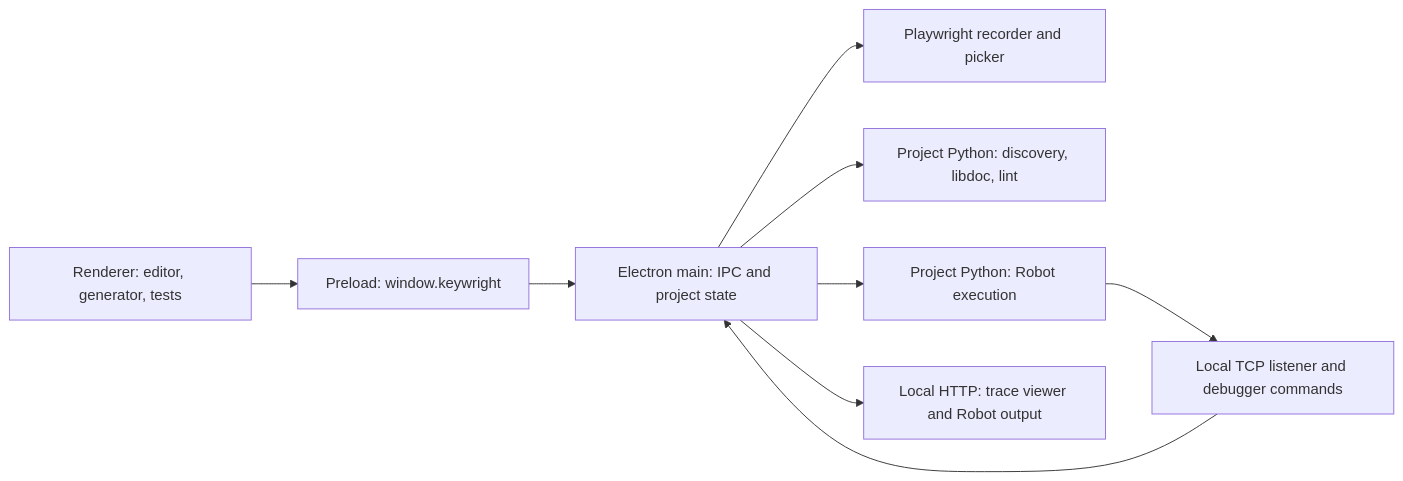
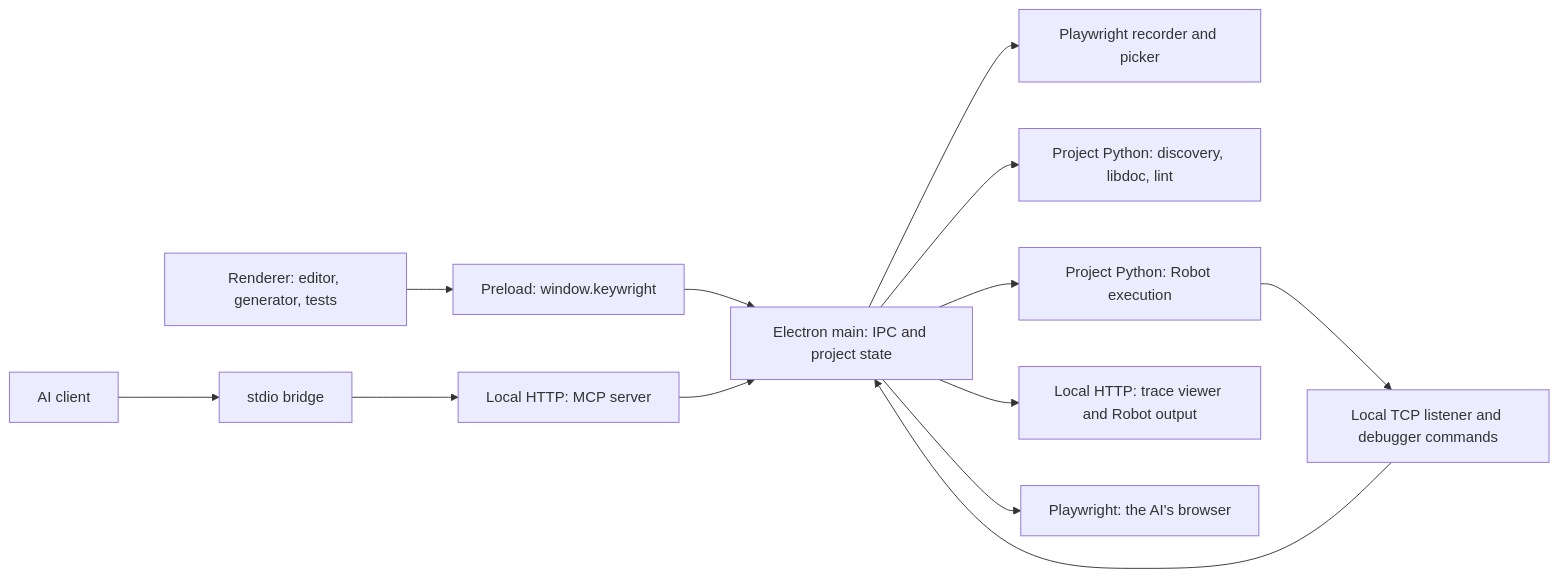
The diagram in docs/architecture.md (silvestrodecaro/keywright), drawn with Mermaid before and after one commit. The commit also changed other lines of this file and 30 other files, not shown here.

First line of the commit message:
Add an MCP server for AI clients

````diff
--- a/docs/architecture.md
+++ b/docs/architecture.md
@@ -10,11 +10,14 @@
 ```mermaid
 flowchart LR
     UI[Renderer: editor, generator, tests] --> Bridge[Preload: window.keywright]
     Bridge --> Main[Electron main: IPC and project state]
     Main --> Recorder[Playwright recorder and picker]
     Main --> Helpers[Project Python: discovery, libdoc, lint]
     Main --> Runner[Project Python: Robot execution]
     Runner --> Events[Local TCP listener and debugger commands]
     Events --> Main
     Main --> Output[Local HTTP: trace viewer and Robot output]
+    Client[AI client] --> Bridge2[stdio bridge] --> MCP[Local HTTP: MCP server]
+    MCP --> Main
+    Main --> AIBrowser[Playwright: the AI's browser]
 ```
````
